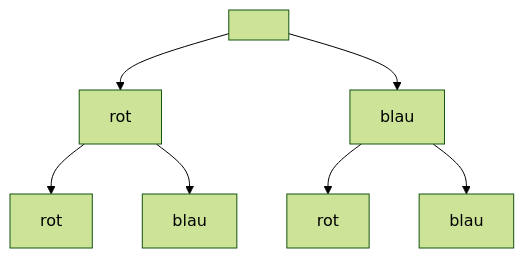
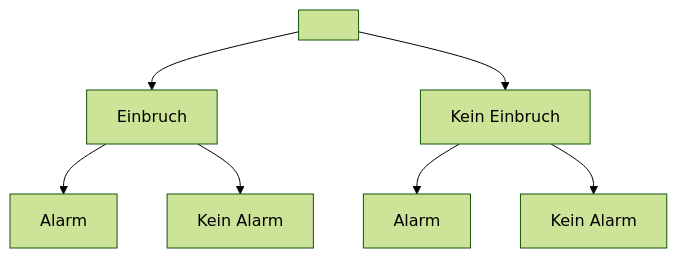
The second of 2 diagrams in Abi 2024/Mathe/Tasks.md (Kiyotoko/vault-sek2), drawn with Mermaid (forest theme) before and after one commit. The commit also changed 1 other file, not shown here.

Commit message:
vault backup: 2023-03-14 09:04:09

```diff
--- a/Abi 2024/Mathe/Tasks.md
+++ b/Abi 2024/Mathe/Tasks.md
@@ -1569,10 +1569,10 @@
 ~~~mermaid
 graph TB;
 	A[ ]
-	A-->A0[rot]
-	A-->A1[blau]
-	A0-->A00[rot]
-	A0-->A01[blau]
-	A1-->A10[rot]
-	A1-->A11[blau]
+	A-->A0[Einbruch]
+	A-->A1[Kein Einbruch]
+	A0-->A00[Alarm]
+	A0-->A01[Kein Alarm]
+	A1-->A10[Alarm]
+	A1-->A11[Kein Alarm]
 ~~~
```
